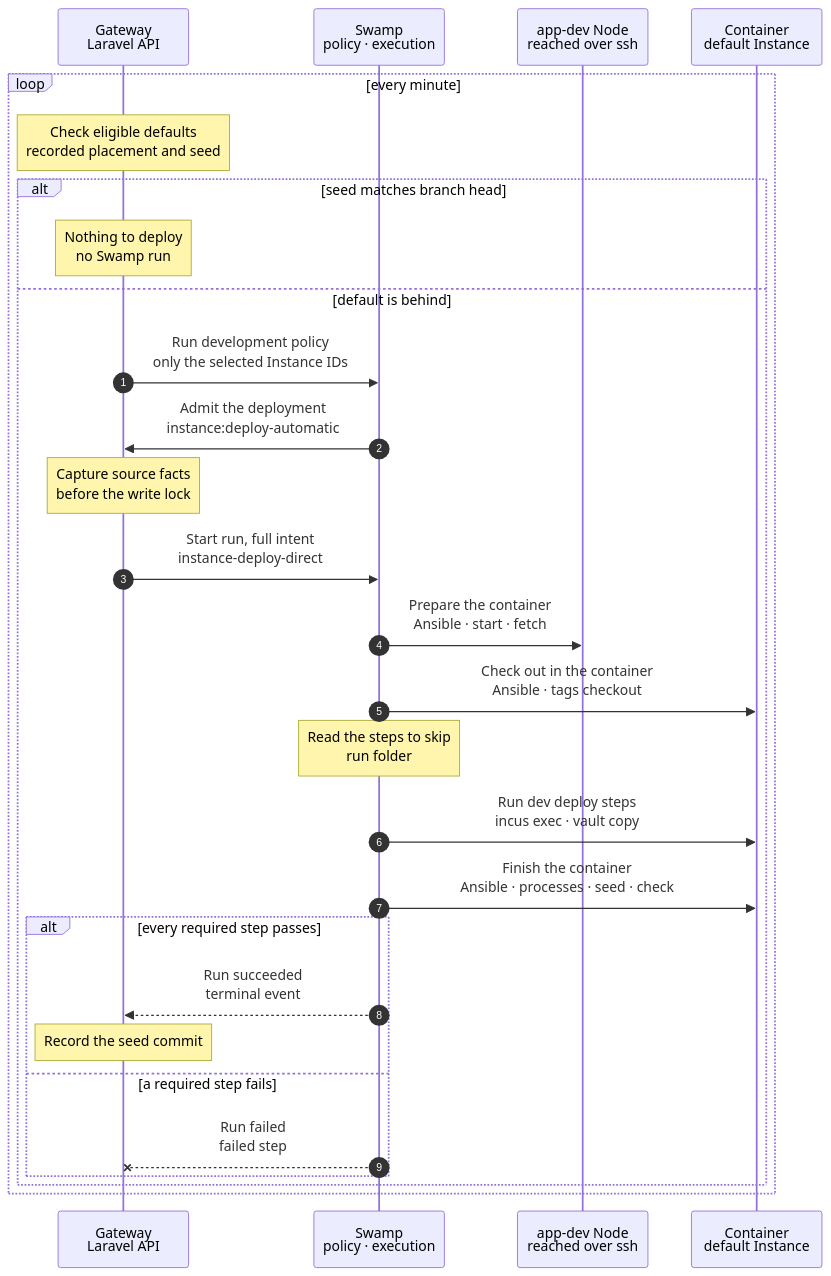
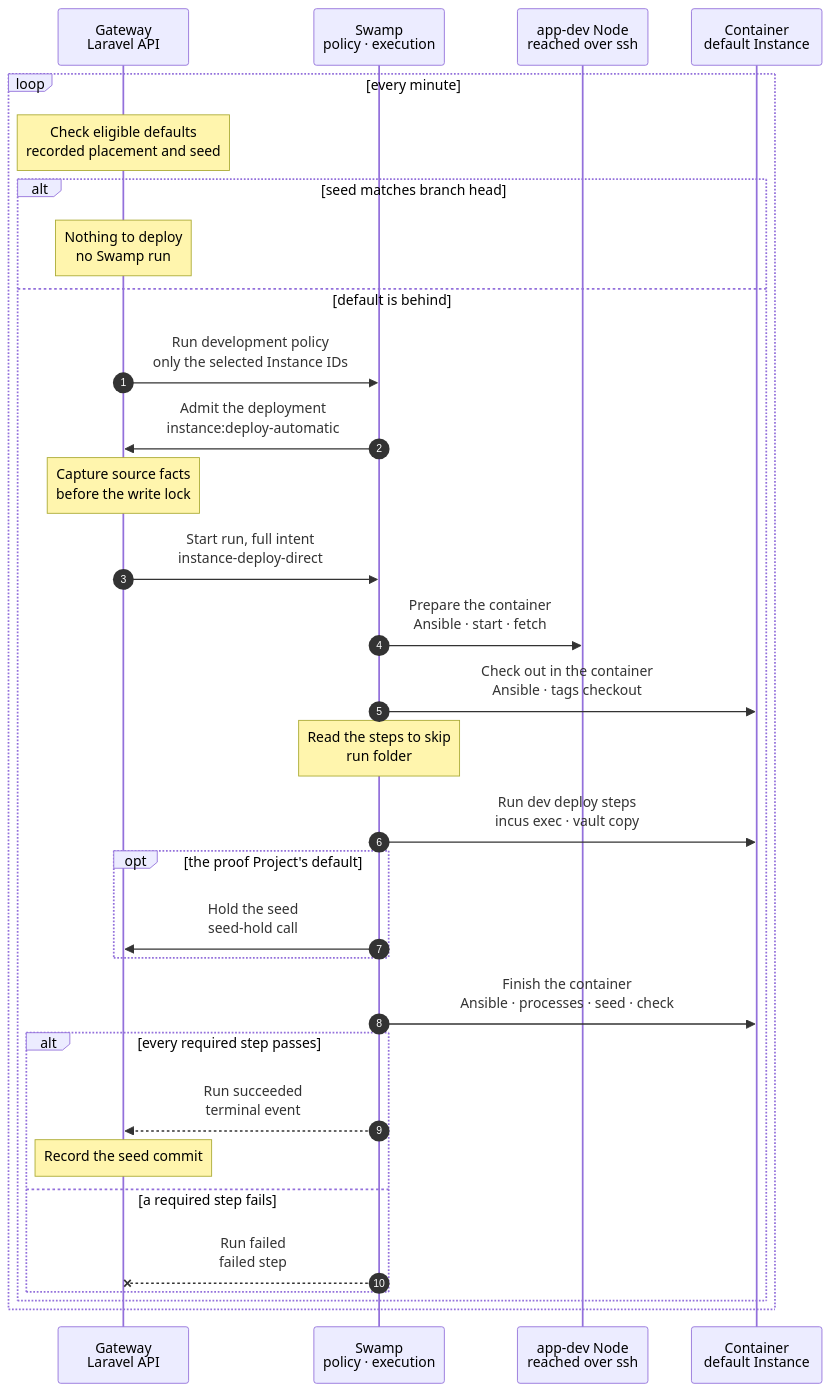
One commit to hardimpactdev/orbit changed the diagram in docs/cli/instance/container/deploy-default.mmd. Above: the diagram before and after it, drawn with Mermaid. The commit also changed 6 other files, not shown here.

First line of the commit message:
docs: a serial, waiting seed lifecycle of a container default

```diff
--- a/docs/cli/instance/container/deploy-default.mmd
+++ b/docs/cli/instance/container/deploy-default.mmd
@@ -67,6 +67,18 @@
   %%> - a step with `inputs` runs only when they or its command changed since its last passed run in this workspace: the checkout compares the Git object IDs of its inputs at the commit and its command's digest with the step's record in `.git/orbit-deploy-steps`, and the step's guard skips it when they match; a passed step records them; a step without `inputs` always runs
   %%> Why:
   %%> - most releases change no lock file: an install that finds nothing to do still costs its tool's start, its autoload and its scripts, about 4 s a step
+  opt the proof Project's default
+    SW->>GW: Hold the seed<br/>seed-hold call
+    %%> When:
+    %%> - before the first step that runs the `seed` phase: "Prepare the container" for a nested-fleet default, else "Finish the container"; only the proof Project's default, whose seed a seed copy sends (instance/seed-copy.mmd); the intent's `seed_hold` names it
+    %%> What it does:
+    %%> - asks the Gateway for the default's seed hold `instance_seed:DEFAULT_ID`; while a seed copy holds it (its Operation lock), the Gateway answers busy after a short wait and the step asks again, within its bound
+    %%> - once granted, the deployment holds the seed until it ends; a seed copy is not admitted meanwhile (`instance.seed_held`), and the deployment's end, passed or failed, admits it again
+    %%> Why:
+    %%> - a retake deletes or renames `seed-COMMIT`, also at the same commit; a push of that snapshot to a CI Node at that moment fails the seed copy, and the retake's own snapshot calls can fail too (docs/reference/development-containers.md#the-seed-hold)
+    %%> On failure:
+    %%> - the bound passes while the seed copy runs: the deployment fails with `instance.seed_hold_timeout` before it changes the container; the old seed stays
+  end
   SW->>C: Finish the container<br/>Ansible · processes · seed · check
   %%> What it does:
   %%> - one play runs the phases `processes`, `seed` and `check`, in this order; a nested-fleet default refreshes its fleet between `processes` and `seed`: container/fleet-refresh.mmd
```
